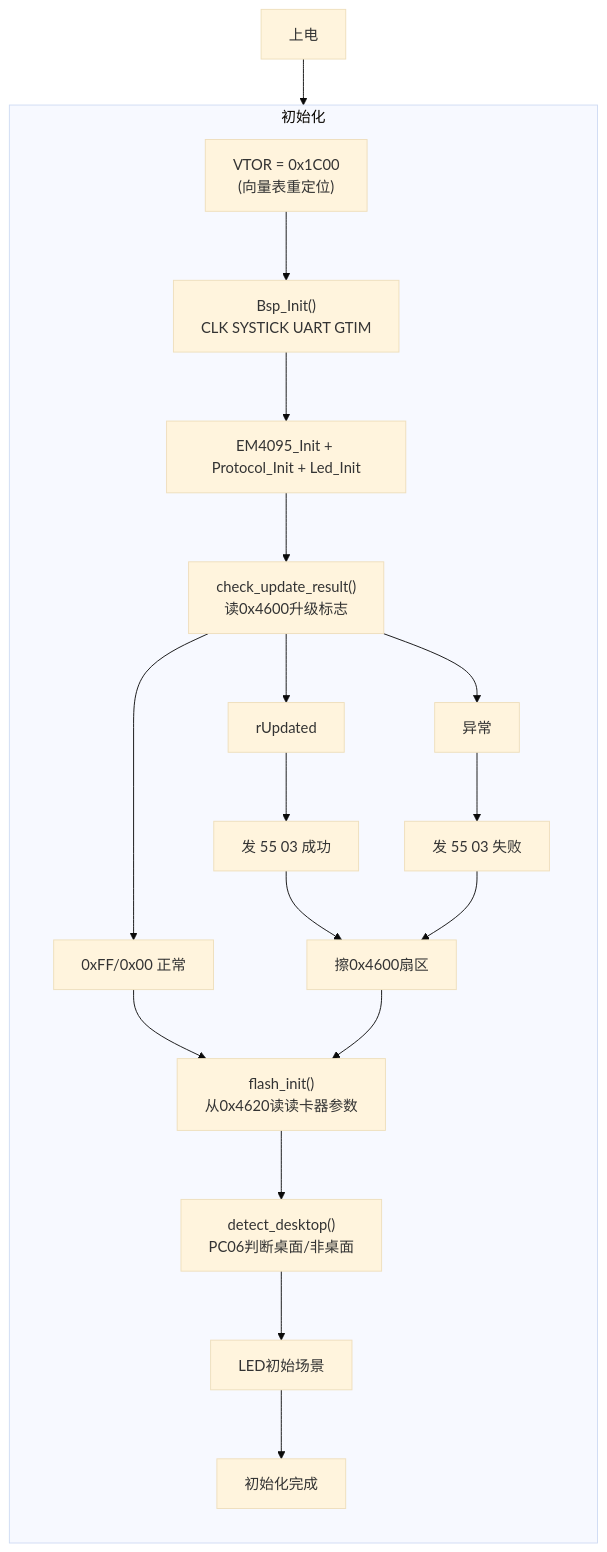
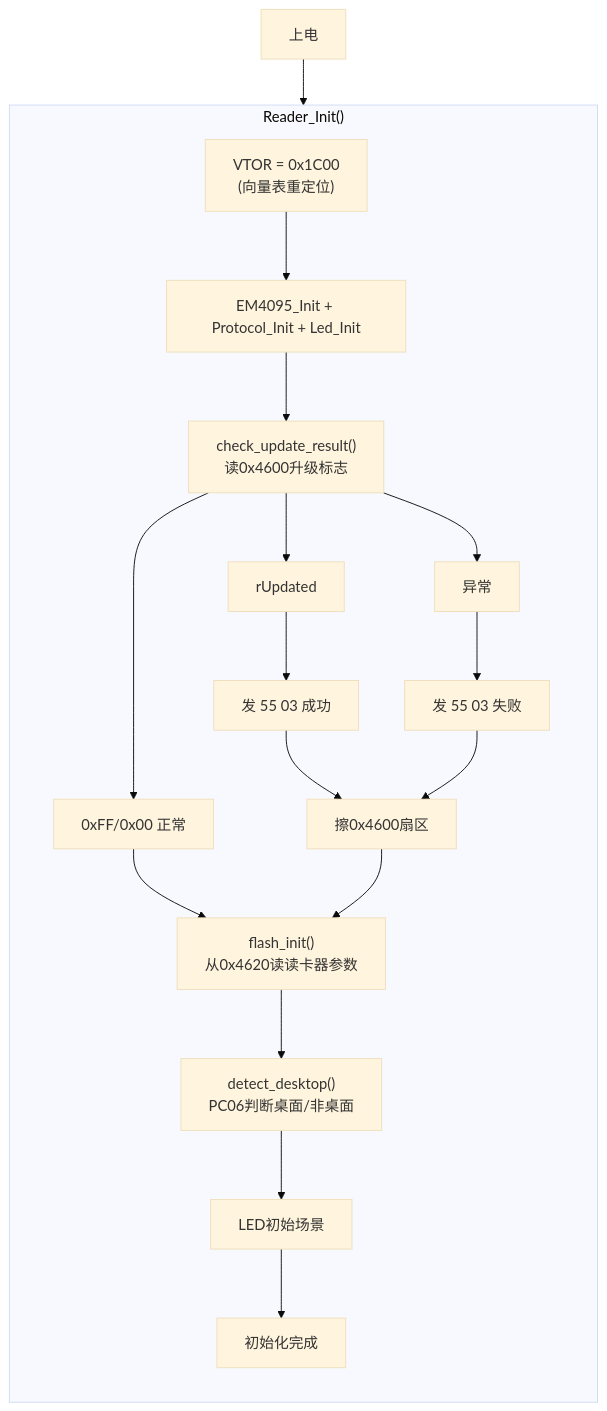
Before and after one commit to Siaiai/ObsidianNote: the seventh of 9 diagrams in 工作/[[SR3读卡器]]/260804SR3框架整理.md, drawn with Mermaid (base theme). The commit also changed other lines of this file, not shown here.

````diff
--- a/工作/[[SR3读卡器]]/260804SR3框架整理.md
+++ b/工作/[[SR3读卡器]]/260804SR3框架整理.md
@@ -344,43 +390,40 @@
 ```mermaid
 flowchart TB
     START["上电"]
-    subgraph INIT["初始化"]
+    subgraph INIT["Reader_Init()"]
         direction TB
         VTOR["VTOR = 0x1C00
         (向量表重定位)"]
-        INIT_BSP["Bsp_Init()
-        CLK SYSTICK UART GTIM"]
         INIT_SUB["EM4095_Init + Protocol_Init + Led_Init"]
         CHECK_UPD["check_update_result()
         读0x4600升级标志"]
         UPD_OK["rUpdated"]
         UPD_FAIL["异常"]
         UPD_NONE["0xFF/0x00 正常"]
         SEND_OK["发 55 03 成功"]
         SEND_FAIL["发 55 03 失败"]
         ERASE["擦0x4600扇区"]
         FLASH_LOAD["flash_init()
         从0x4620读读卡器参数"]
         DESK["detect_desktop()
         PC06判断桌面/非桌面"]
         LED_INIT["LED初始场景"]
         DONE["初始化完成"]
 
-        VTOR --> INIT_BSP
-        INIT_BSP --> INIT_SUB
+        VTOR --> INIT_SUB
         INIT_SUB --> CHECK_UPD
         CHECK_UPD --> UPD_OK
         CHECK_UPD --> UPD_FAIL
         CHECK_UPD --> UPD_NONE
         UPD_OK --> SEND_OK
         UPD_FAIL --> SEND_FAIL
         SEND_OK --> ERASE
         SEND_FAIL --> ERASE
         UPD_NONE --> FLASH_LOAD
         ERASE --> FLASH_LOAD
         FLASH_LOAD --> DESK
         DESK --> LED_INIT
         LED_INIT --> DONE
     end
     START --> VTOR
 ```
````
